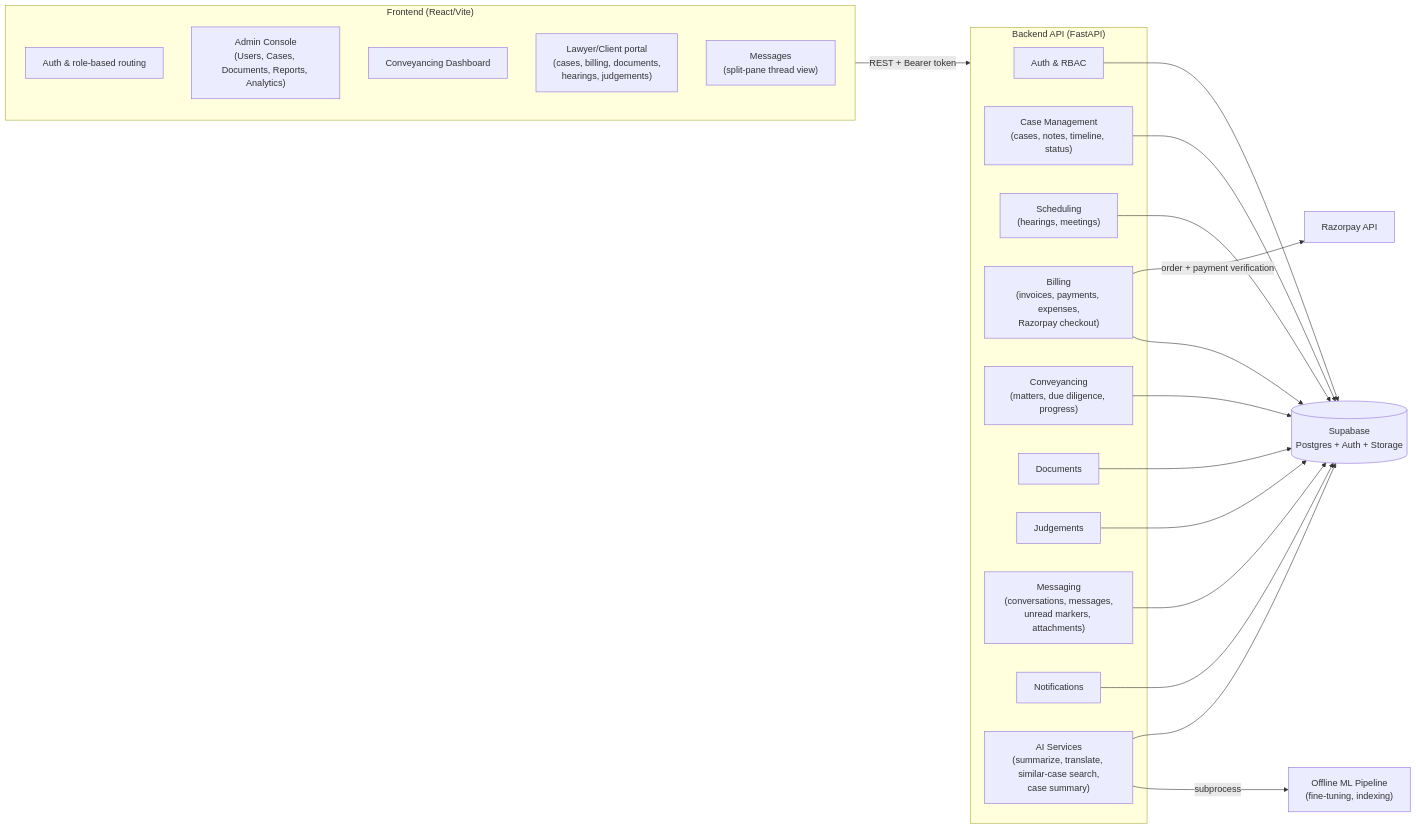
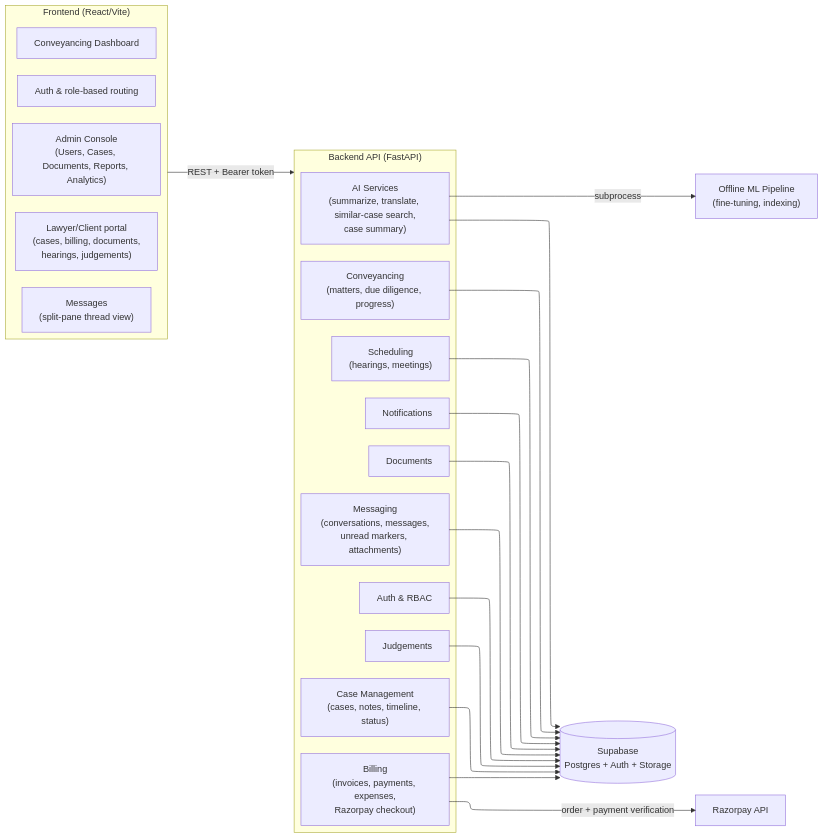
The second of 5 diagrams in docs/HLD.md (eyeofshreyas/BE-Project), drawn with Mermaid before and after one commit. The commit also changed other lines of this file and 1 other file, not shown here.

Commit message:
docs: fix the remaining unreadable-at-page-width diagrams
Checked every diagram's rendered aspect: four more were too wide to read.
- LLD 4 (data model): one 30-entity ER split into three views (identity/cases,
  per-case artifacts, messaging/conveyancing), all three on the elk layout
  (4731x1025 -> 613x1045, 1737x590, 1388x510).
- LLD 7 (offline ML): invisible links stack the three independent pipelines
  instead of letting them render side by side (3387x322 -> 673x1492).
- LLD 10 (admin data flow): TD -> LR, so the 7-view fan-out spreads down the
  page instead of across it (1996x639 -> 1691x1086). Also fixes the stale
  src/lib/api.ts label.
- HLD 2 (major subsystems): elk layout (2480x1450 -> 1510x1466).

Widest diagram is now 1737px, down from 5293px. Also corrects the HLD
'two-layer authorization' principle -- messaging added a third path.

````diff
--- a/docs/HLD.md
+++ b/docs/HLD.md
@@ -35,41 +35,45 @@
 ```mermaid
+---
+config:
+  layout: elk
+---
 graph LR
     subgraph FE["Frontend (React/Vite)"]
         Auth_FE["Auth & role-based routing"]
         AdminConsole["Admin Console\n(Users, Cases, Documents, Reports, Analytics)"]
         Conveyancing_FE["Conveyancing Dashboard"]
         Staff_FE["Lawyer/Client portal\n(cases, billing, documents,\nhearings, judgements)"]
         Messages_FE["Messages\n(split-pane thread view)"]
     end
 
     subgraph BE["Backend API (FastAPI)"]
         AuthRBAC["Auth & RBAC"]
         CaseMgmt["Case Management\n(cases, notes, timeline, status)"]
         Scheduling["Scheduling\n(hearings, meetings)"]
         BillingSvc["Billing\n(invoices, payments, expenses,\nRazorpay checkout)"]
         ConvSvc["Conveyancing\n(matters, due diligence, progress)"]
         DocSvc["Documents"]
         JudgeSvc["Judgements"]
         MsgSvc["Messaging\n(conversations, messages,\nunread markers, attachments)"]
         NotifSvc["Notifications"]
         AISvc["AI Services\n(summarize, translate, similar-case search,\ncase summary)"]
     end
 
     DB[("Supabase\nPostgres + Auth + Storage")]
     MLPipeline["Offline ML Pipeline\n(fine-tuning, indexing)"]
     Razorpay["Razorpay API"]
 
     FE -->|REST + Bearer token| BE
     AuthRBAC --> DB
     CaseMgmt --> DB
     Scheduling --> DB
     BillingSvc --> DB
     BillingSvc -->|order + payment verification| Razorpay
     ConvSvc --> DB
     DocSvc --> DB
     JudgeSvc --> DB
     MsgSvc --> DB
     NotifSvc --> DB
     AISvc -->|subprocess| MLPipeline
     AISvc --> DB
 ```
````
